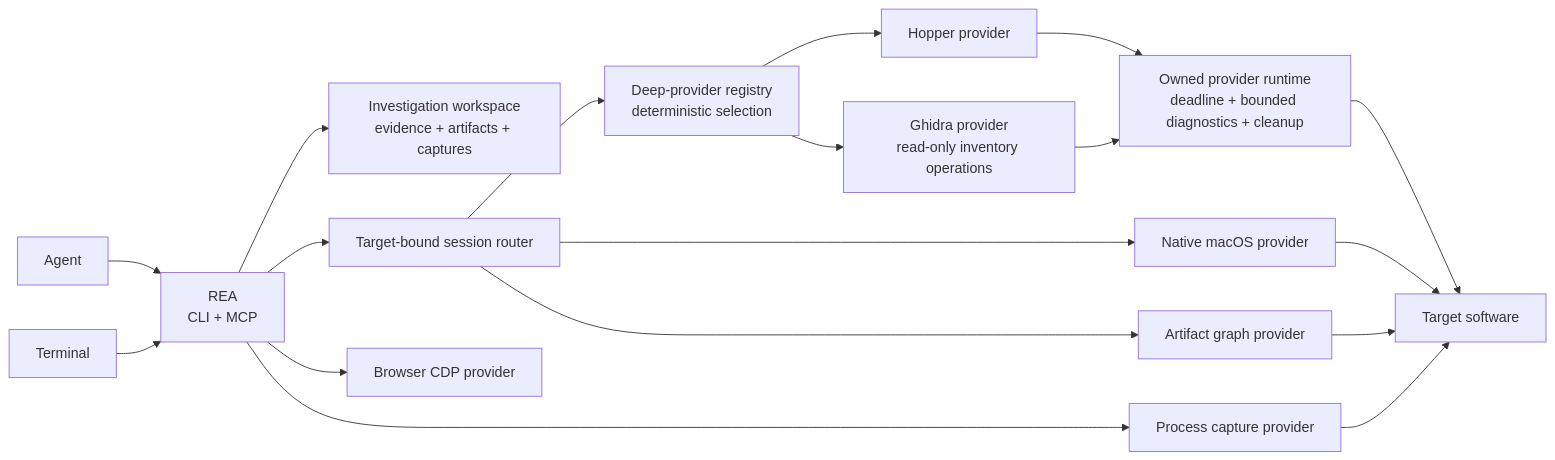
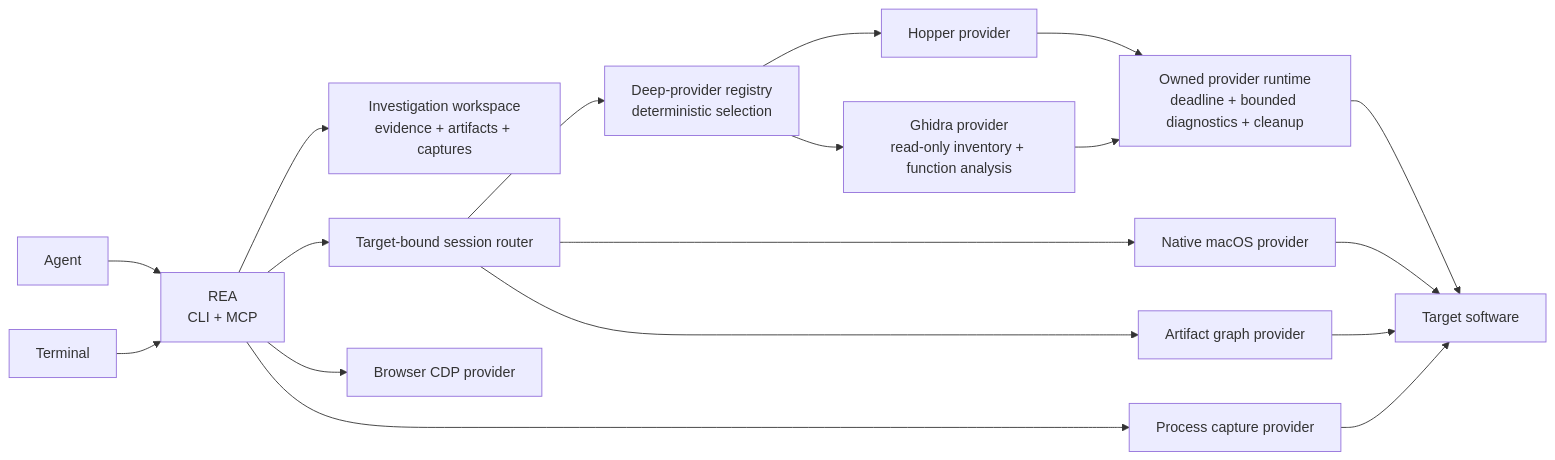
Before and after one commit to bryankwandou/rea: the diagram in README.md, drawn with Mermaid. The commit also changed other lines of this file and 130 other files, not shown here.

Commit message:
feat(ghidra): add function analysis and conformance

````diff
--- a/README.md
+++ b/README.md
@@ -428,20 +430,20 @@
 ```mermaid
 flowchart LR
     Agent["Agent"] --> REA["REA<br/>CLI + MCP"]
     Terminal --> REA
     REA --> Workspace["Investigation workspace<br/>evidence + artifacts + captures"]
     REA --> Session["Target-bound session router"]
     Session --> Registry["Deep-provider registry<br/>deterministic selection"]
     Registry --> Hopper["Hopper provider"]
-    Registry --> Ghidra["Ghidra provider<br/>read-only inventory operations"]
+    Registry --> Ghidra["Ghidra provider<br/>read-only inventory + function analysis"]
     Hopper --> Runtime["Owned provider runtime<br/>deadline + bounded diagnostics + cleanup"]
     Ghidra --> Runtime
     Session --> Native["Native macOS provider"]
     Session --> Artifact["Artifact graph provider"]
     REA --> Browser["Browser CDP provider"]
     REA --> Process["Process capture provider"]
     Runtime --> Target["Target software"]
     Process --> Target
     Native --> Target
     Artifact --> Target
 ```
````
